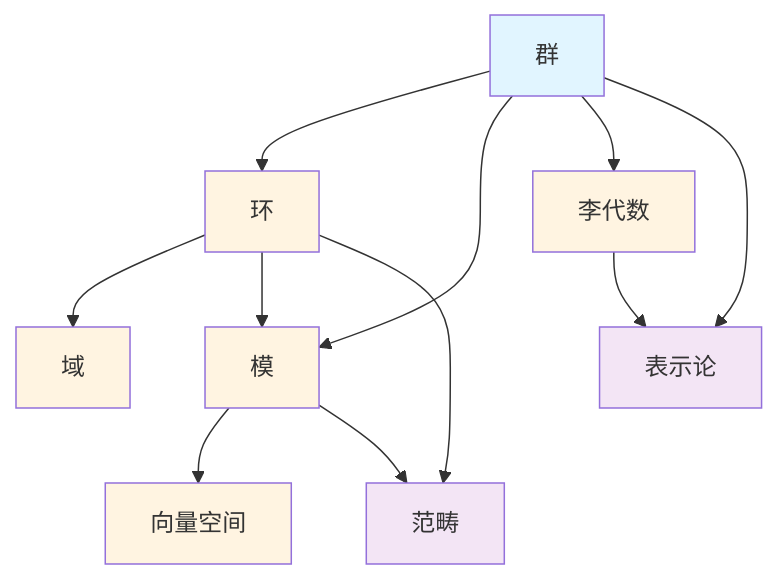
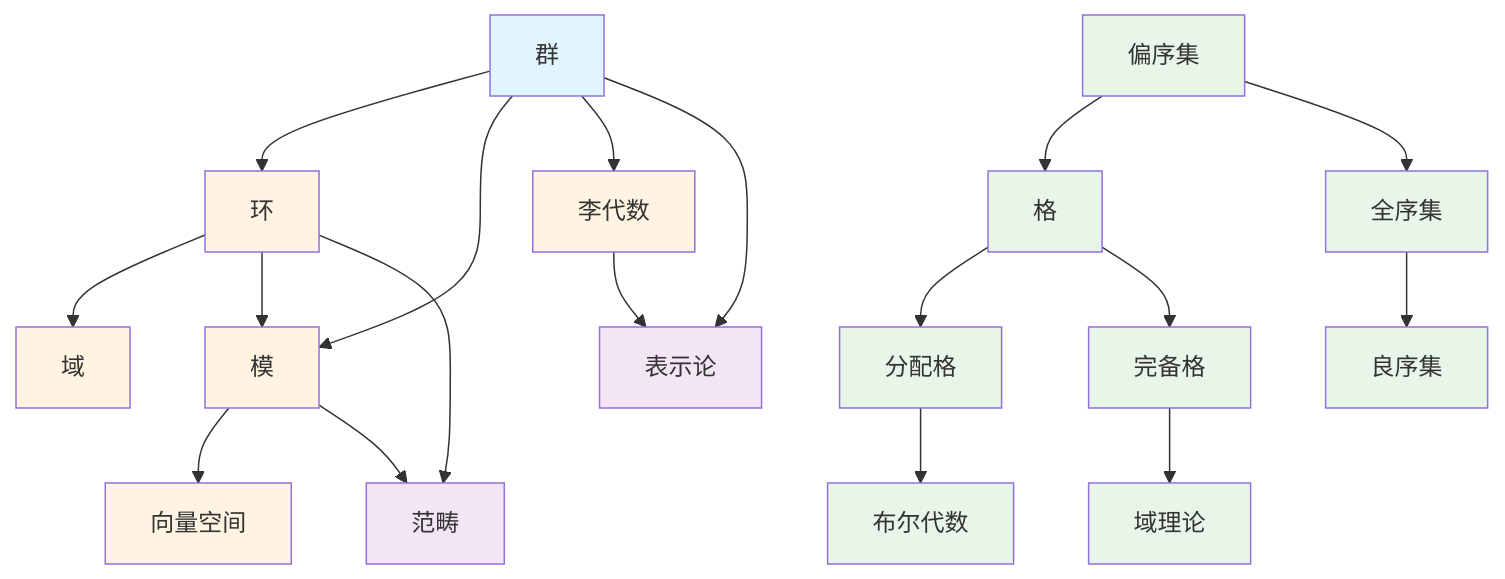
Before and after one commit to AdaMartin18010/FormalMath: the diagram in concept/03-主题概念梳理/02-代数结构概念.md, drawn with Mermaid. The commit also changed other lines of this file and 44 other files, not shown here.

````diff
--- a/concept/03-主题概念梳理/02-代数结构概念.md
+++ b/concept/03-主题概念梳理/02-代数结构概念.md
@@ -268,22 +471,37 @@
 ```mermaid
 graph TD
     A[群] --> B[环]
     A --> C[模]
     B --> D[域]
     B --> C
     C --> E[向量空间]
     A --> F[李代数]
     B --> G[范畴]
     C --> G
     A --> H[表示论]
     F --> H
+    I[偏序集] --> J[格]
+    J --> K[分配格]
+    K --> L[布尔代数]
+    I --> M[全序集]
+    M --> N[良序集]
+    J --> O[完备格]
+    O --> P[域理论]
 
     style A fill:#e1f5ff
     style B fill:#fff4e1
     style C fill:#fff4e1
     style D fill:#fff4e1
     style E fill:#fff4e1
     style F fill:#fff4e1
     style G fill:#f3e5f5
     style H fill:#f3e5f5
+    style I fill:#e8f5e9
+    style J fill:#e8f5e9
+    style K fill:#e8f5e9
+    style L fill:#e8f5e9
+    style M fill:#e8f5e9
+    style N fill:#e8f5e9
+    style O fill:#e8f5e9
+    style P fill:#e8f5e9
 ```
````
